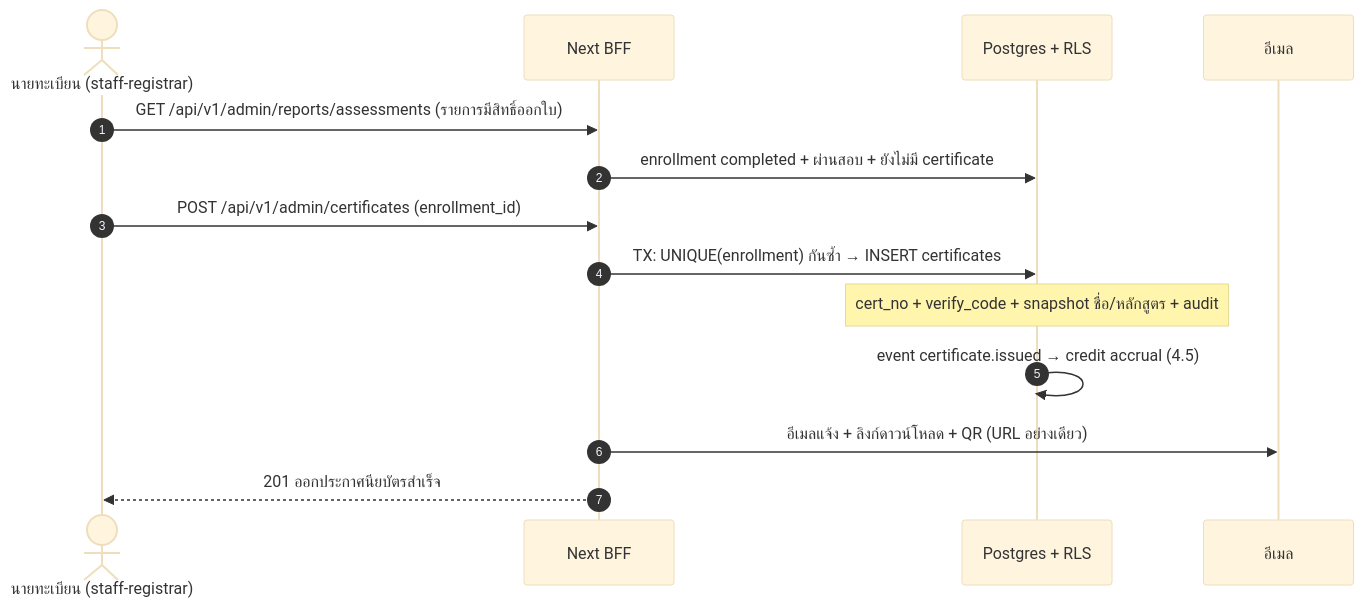
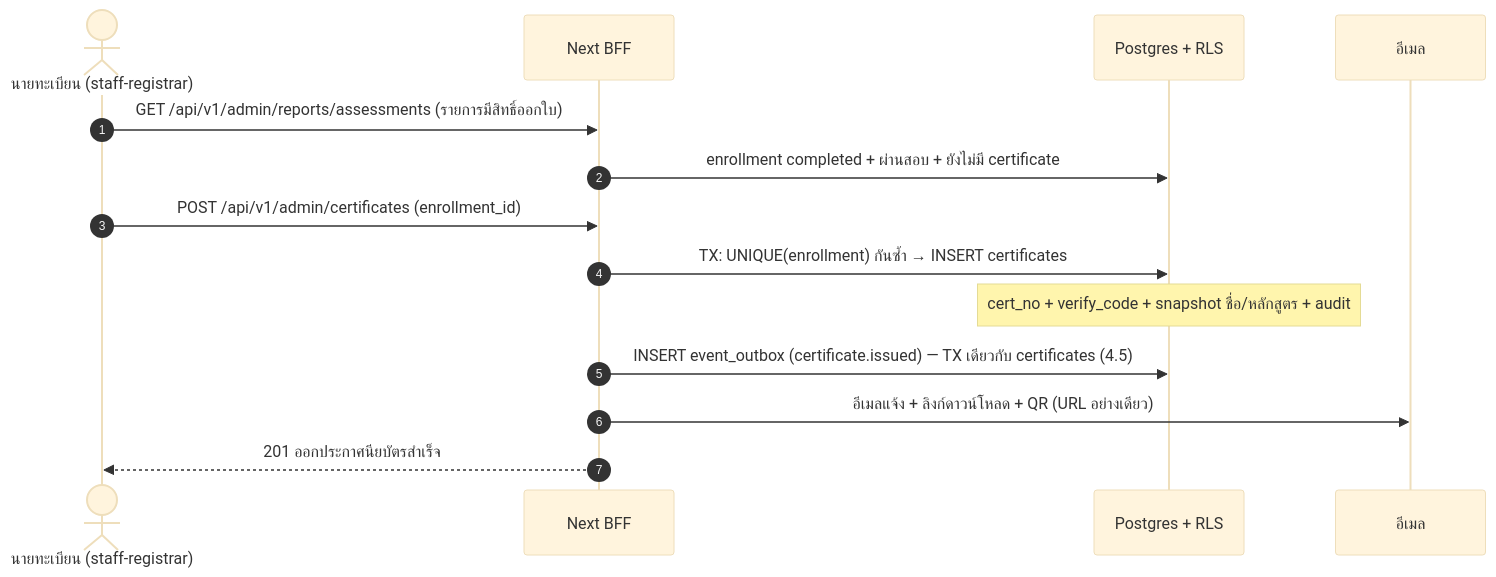
One commit to narongsak-sukma/E-Leaning-LTC changed the fourth of 6 diagrams in docs/03-design/SDS.md. Above: the diagram before and after it, drawn with Mermaid (base theme). The commit also changed other lines of this file and 5 other files, not shown here.

````diff
--- a/docs/03-design/SDS.md
+++ b/docs/03-design/SDS.md
@@ -240,16 +243,16 @@
 ```mermaid
 sequenceDiagram
     autonumber
     actor R as นายทะเบียน (staff-registrar)
     participant BFF as Next BFF
     participant DB as Postgres + RLS
     participant M as อีเมล
     R->>BFF: GET /api/v1/admin/reports/assessments (รายการมีสิทธิ์ออกใบ)
     BFF->>DB: enrollment completed + ผ่านสอบ + ยังไม่มี certificate
     R->>BFF: POST /api/v1/admin/certificates (enrollment_id)
     BFF->>DB: TX: UNIQUE(enrollment) กันซ้ำ → INSERT certificates
     Note over DB: cert_no + verify_code + snapshot ชื่อ/หลักสูตร + audit
-    DB->>DB: event certificate.issued → credit accrual (4.5)
+    BFF->>DB: INSERT event_outbox (certificate.issued) — TX เดียวกับ certificates (4.5)
     BFF->>M: อีเมลแจ้ง + ลิงก์ดาวน์โหลด + QR (URL อย่างเดียว)
     BFF-->>R: 201 ออกประกาศนียบัตรสำเร็จ
 ```
````
